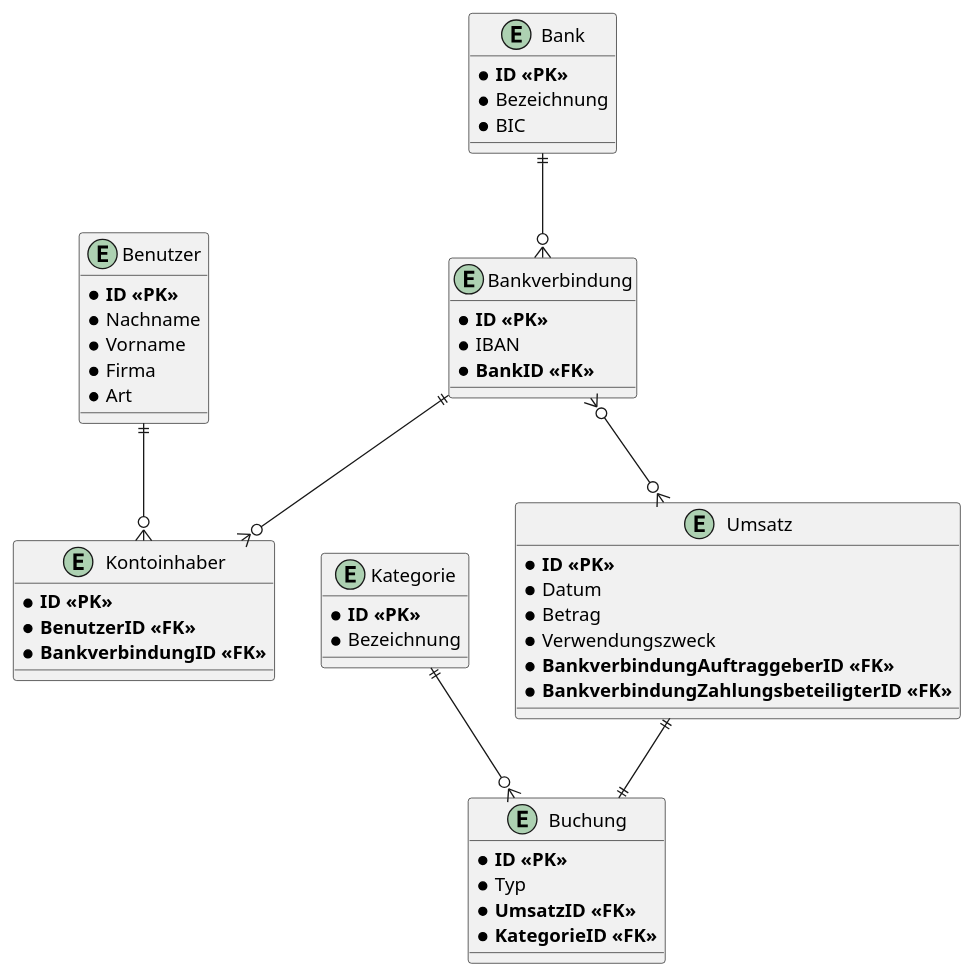
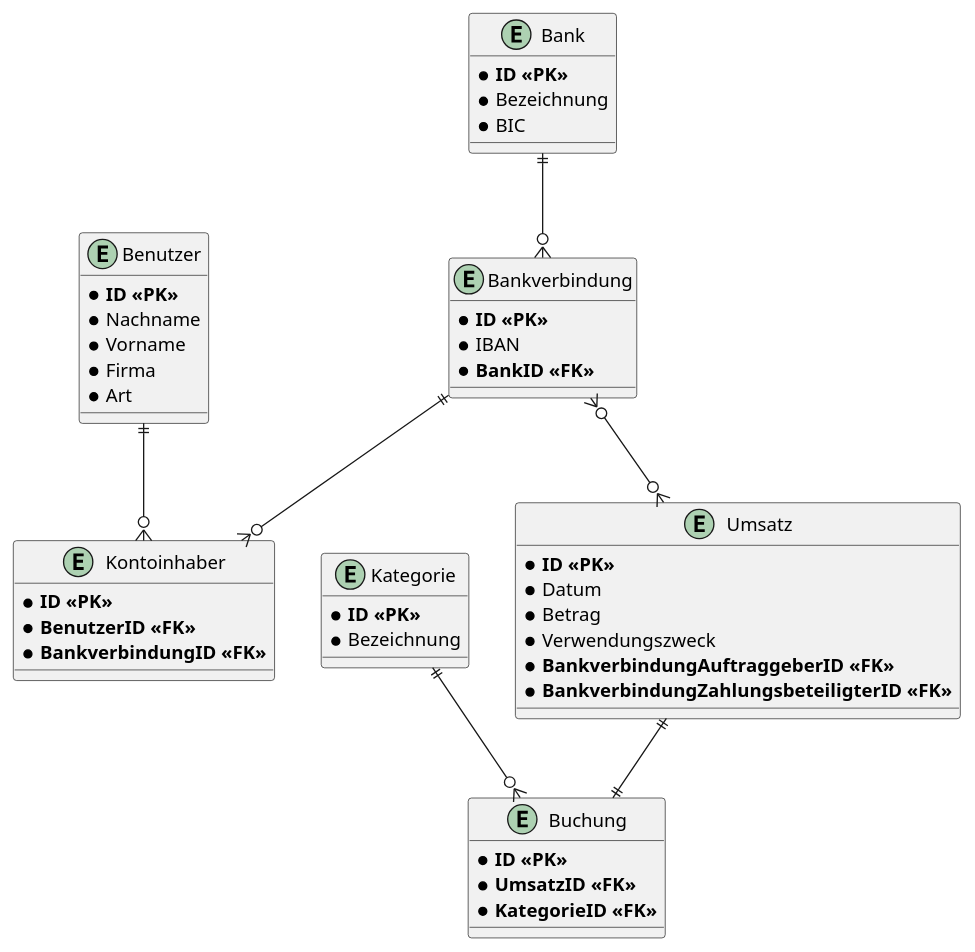
One commit to justinhada/StatementOfQosts changed the diagram in designs/ERM.puml. Above: the diagram before and after it, drawn with PlantUML. The commit also changed 6 other files, not shown here.

```diff
--- a/designs/ERM.puml
+++ b/designs/ERM.puml
@@ -1,62 +1,61 @@
 @startuml
 entity Benutzer
 {
     * **ID <<PK>>**
     * Nachname
     * Vorname
     * Firma
     * Art
 }
 
 entity Bank
 {
     * **ID <<PK>>**
     * Bezeichnung
     * BIC
 }
 
 entity Kontoinhaber
 {
     * **ID <<PK>>**
     * **BenutzerID <<FK>>**
     * **BankverbindungID <<FK>>**
 }
 
 entity Bankverbindung
 {
     * **ID <<PK>>**
     * IBAN
     * **BankID <<FK>>**
 }
 
 entity Umsatz
 {
     * **ID <<PK>>**
     * Datum
     * Betrag
     * Verwendungszweck
     * **BankverbindungAuftraggeberID <<FK>>**
     * **BankverbindungZahlungsbeteiligterID <<FK>>**
 }
 
 entity Buchung
 {
     * **ID <<PK>>**
-    * Typ
     * **UmsatzID <<FK>>**
     * **KategorieID <<FK>>**
 }
 
 entity Kategorie
 {
     * **ID <<PK>>**
     * Bezeichnung
 }
 
 Benutzer ||--o{ Kontoinhaber
 Bankverbindung ||--o{ Kontoinhaber
 Bank ||--o{ Bankverbindung
 Bankverbindung }o--o{ Umsatz
 Kategorie ||--o{ Buchung
 Umsatz ||--|| Buchung
 @enduml
```
